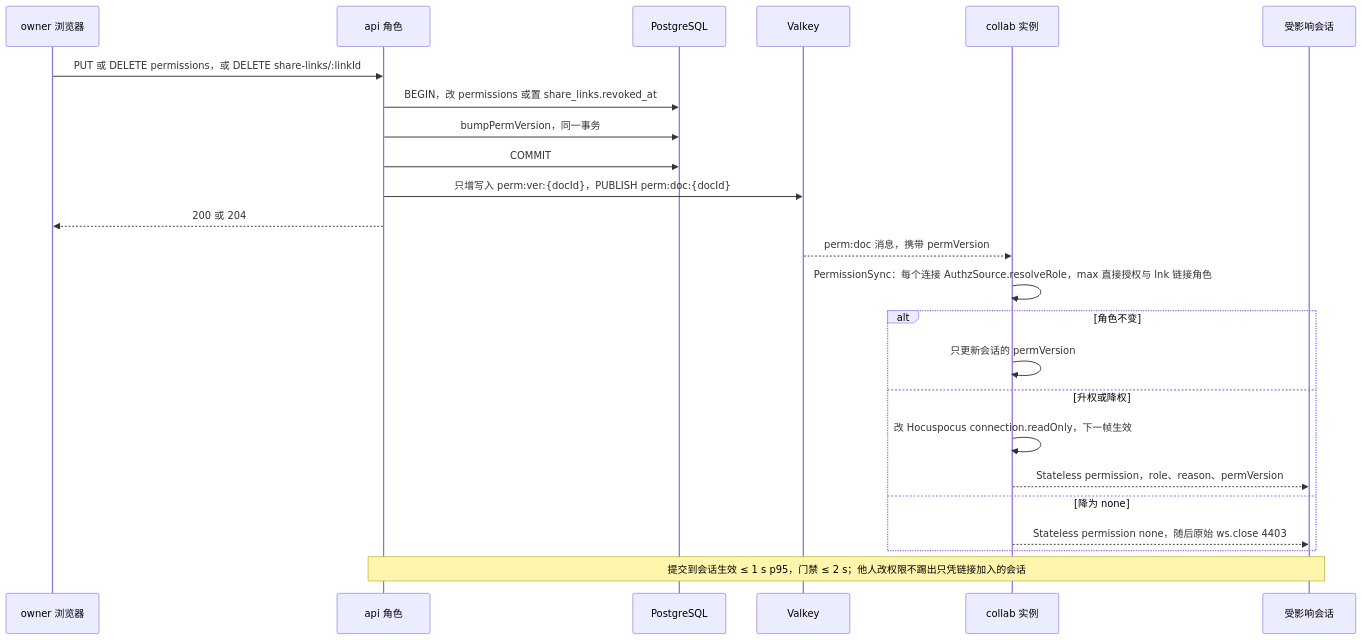
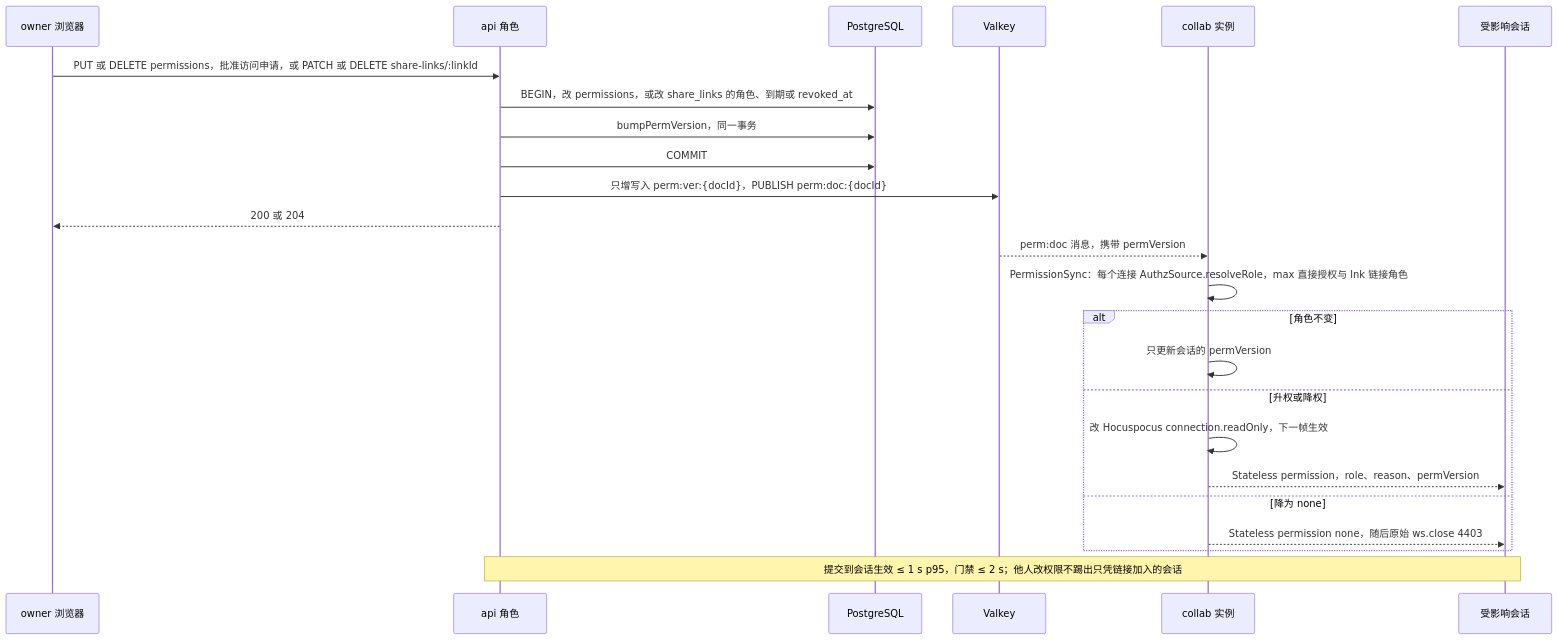
One commit to Xeonice/cordis-ppt-editor changed the seventh of 7 diagrams in docs/60-backend/02-auth-chain.md. Above: the diagram before and after it, drawn with Mermaid. The commit also changed other lines of this file and 19 other files, not shown here.

````diff
--- a/docs/60-backend/02-auth-chain.md
+++ b/docs/60-backend/02-auth-chain.md
@@ -567,26 +570,26 @@
 ```mermaid
 sequenceDiagram
   participant owner as owner 浏览器
   participant api as api 角色
   participant pg as PostgreSQL
   participant vk as Valkey
   participant co as collab 实例
   participant cl as 受影响会话
-  owner->>api: PUT 或 DELETE permissions，或 DELETE share-links/:linkId
-  api->>pg: BEGIN，改 permissions 或置 share_links.revoked_at
+  owner->>api: PUT 或 DELETE permissions，批准访问申请，或 PATCH 或 DELETE share-links/:linkId
+  api->>pg: BEGIN，改 permissions，或改 share_links 的角色、到期或 revoked_at
   api->>pg: bumpPermVersion，同一事务
   api->>pg: COMMIT
   api->>vk: 只增写入 perm:ver:{docId}，PUBLISH perm:doc:{docId}
   api-->>owner: 200 或 204
   vk-->>co: perm:doc 消息，携带 permVersion
   co->>co: PermissionSync：每个连接 AuthzSource.resolveRole，max 直接授权与 lnk 链接角色
   alt 角色不变
     co->>co: 只更新会话的 permVersion
   else 升权或降权
     co->>co: 改 Hocuspocus connection.readOnly，下一帧生效
     co-->>cl: Stateless permission，role、reason、permVersion
   else 降为 none
     co-->>cl: Stateless permission none，随后原始 ws.close 4403
   end
   Note over api,cl: 提交到会话生效 ≤ 1 s p95，门禁 ≤ 2 s；他人改权限不踢出只凭链接加入的会话
 ```
````
